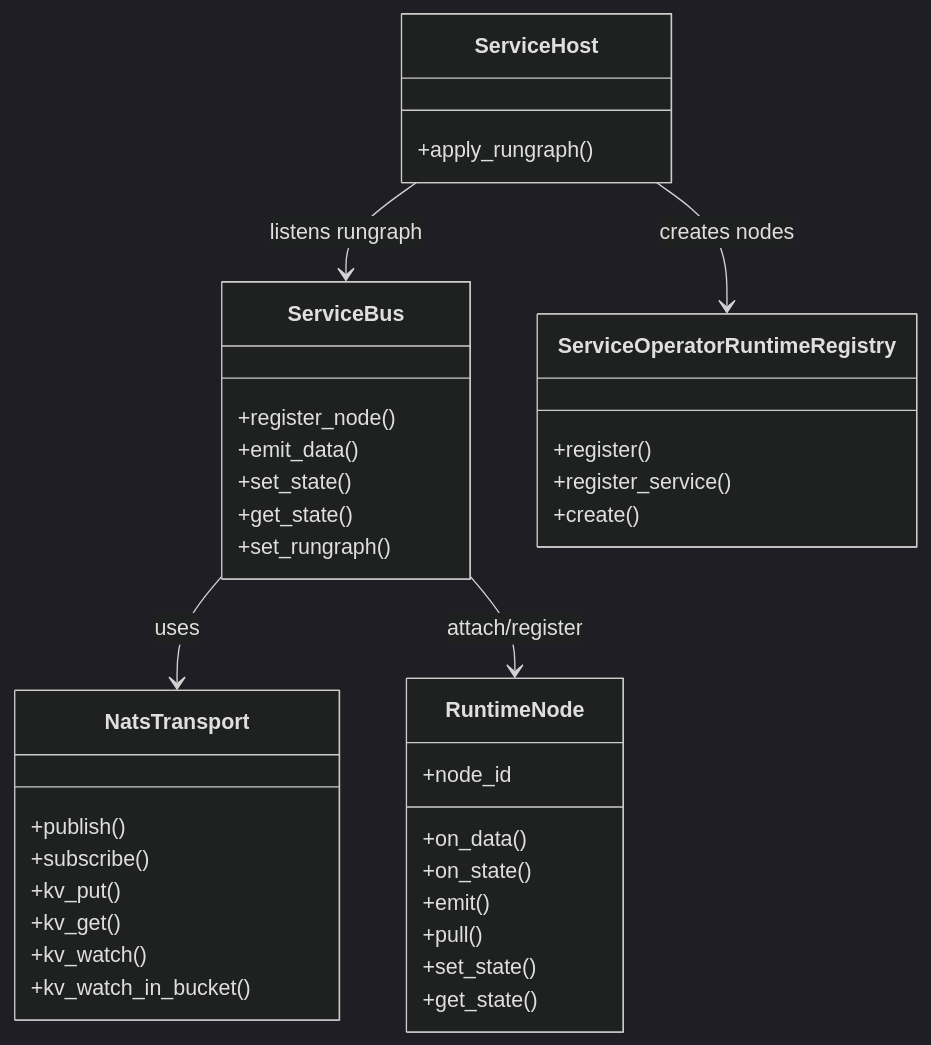
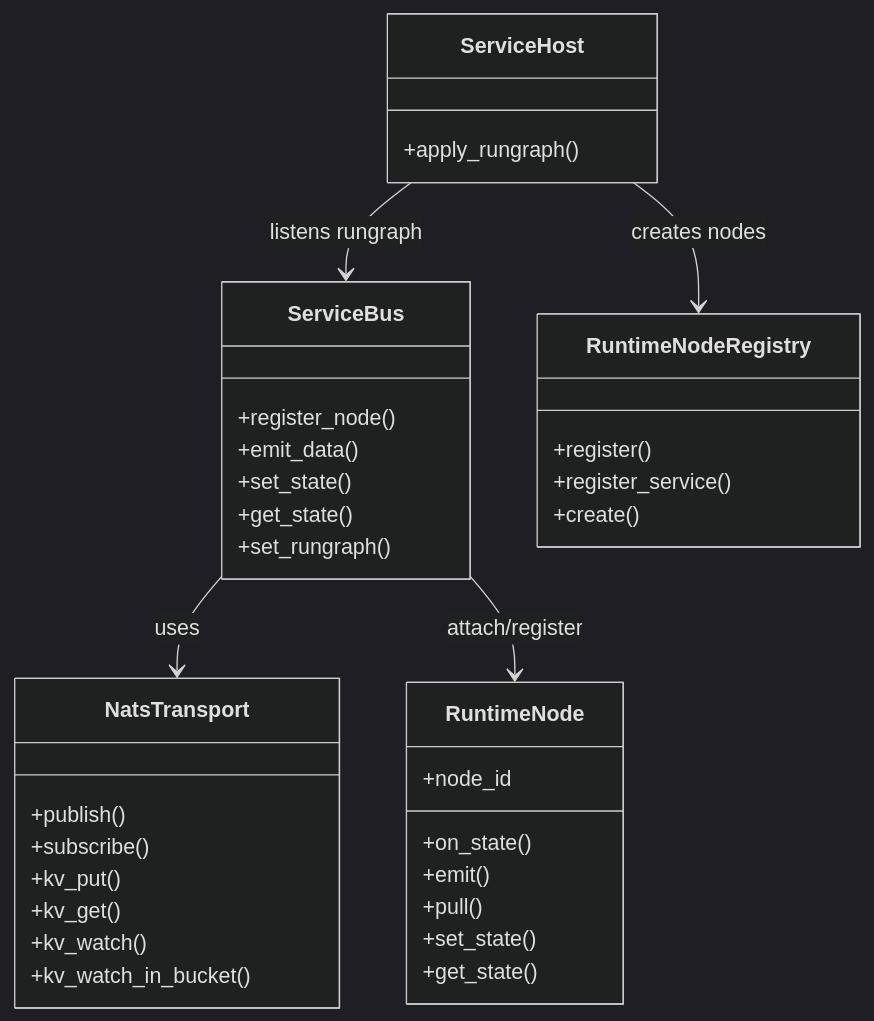
One commit to feel8-fun/f8studio changed the first of 11 diagrams in docs/design/pysdk-runtime.md. Above: the diagram before and after it, drawn with Mermaid (dark theme). The commit also changed other lines of this file and 21 other files, not shown here.

````diff
--- a/docs/design/pysdk-runtime.md
+++ b/docs/design/pysdk-runtime.md
@@ -20,44 +20,43 @@
 ```mermaid
 classDiagram
     class RuntimeNode {
       +node_id
-      +on_data()
       +on_state()
       +emit()
       +pull()
       +set_state()
       +get_state()
     }
 
     class ServiceBus {
       +register_node()
       +emit_data()
       +set_state()
       +get_state()
       +set_rungraph()
     }
 
     class ServiceHost {
       +apply_rungraph()
     }
 
-    class ServiceOperatorRuntimeRegistry {
+    class RuntimeNodeRegistry {
       +register()
       +register_service()
       +create()
     }
 
     class NatsTransport {
       +publish()
       +subscribe()
       +kv_put()
       +kv_get()
       +kv_watch()
       +kv_watch_in_bucket()
     }
 
     ServiceBus --> NatsTransport : uses
     ServiceBus --> RuntimeNode : attach/register
     ServiceHost --> ServiceBus : listens rungraph
-    ServiceHost --> ServiceOperatorRuntimeRegistry : creates nodes
+    ServiceHost --> RuntimeNodeRegistry : creates nodes
 ```
````
